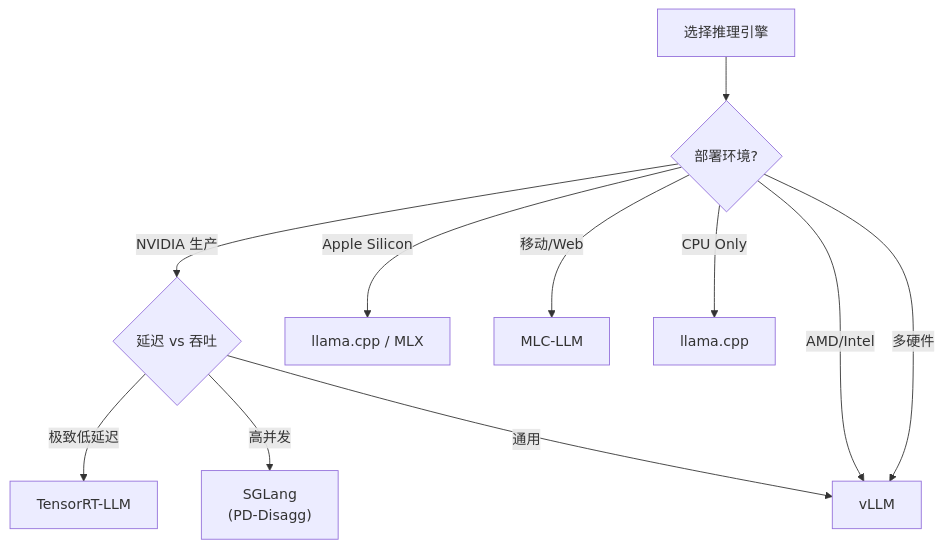
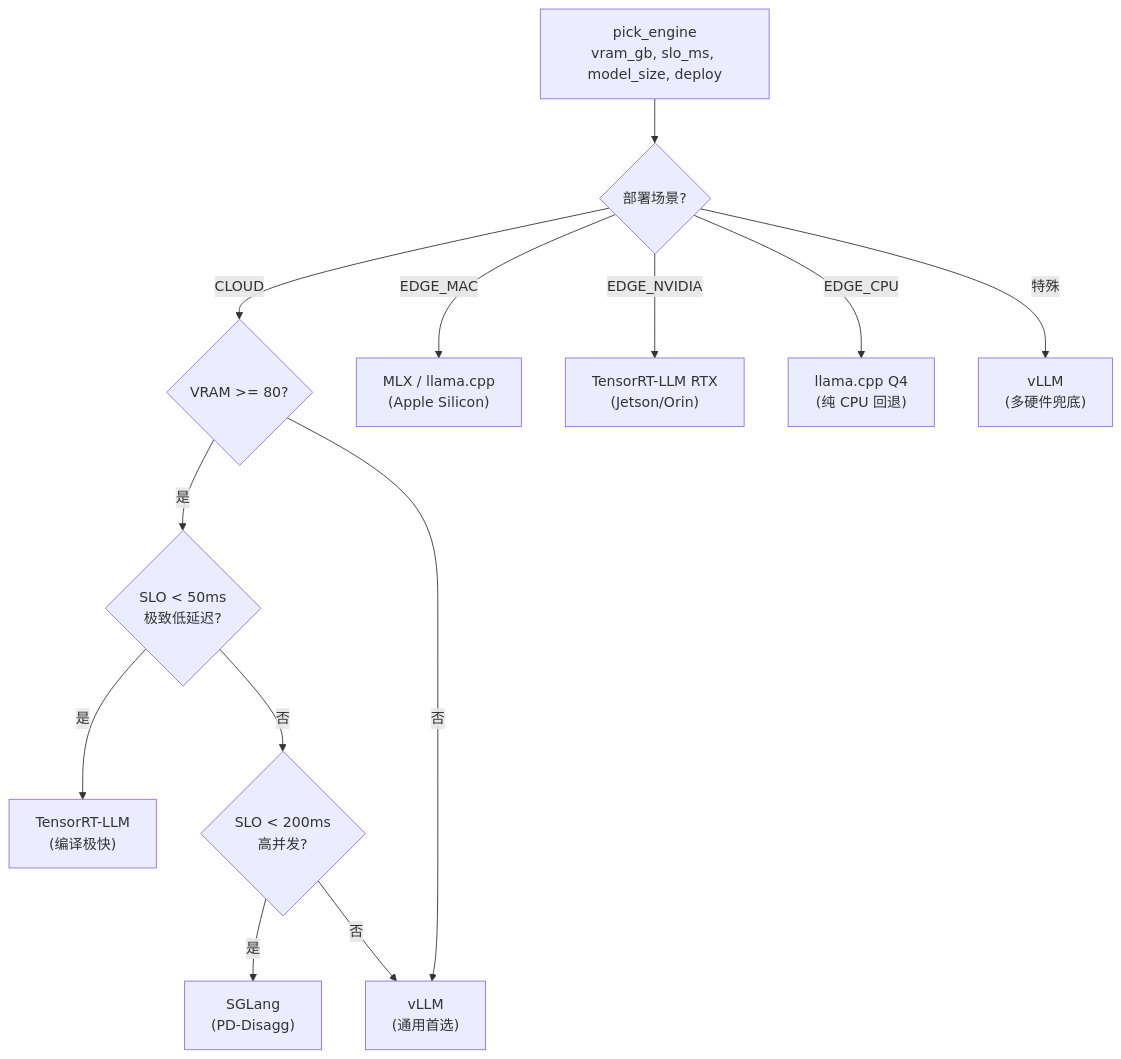
One commit to BeefWrap4/LLM-Knowledge-Base changed the tenth of 10 diagrams in 25_推理引擎与高性能服务.md. Above: the diagram before and after it, drawn with Mermaid. The commit also changed other lines of this file and 4 other files, not shown here.

````diff
--- a/25_推理引擎与高性能服务.md
+++ b/25_推理引擎与高性能服务.md
@@ -305,13 +307,15 @@
 ```mermaid
 graph TD
-    Q["选择推理引擎"] --> A{"部署环境?"}
-    A -->|"NVIDIA 生产"| B{"延迟 vs 吞吐"}
-    B -->|"极致低延迟"| T1["TensorRT-LLM"]
-    B -->|"高并发"| T2["SGLang<br/>(PD-Disagg)"]
-    B -->|"通用"| T3["vLLM"]
-    A -->|"AMD/Intel"| T3
-    A -->|"Apple Silicon"| T4["llama.cpp / MLX"]
-    A -->|"移动/Web"| T5["MLC-LLM"]
-    A -->|"CPU Only"| T6["llama.cpp"]
-    A -->|"多硬件"| T3
+    Q["pick_engine<br/>vram_gb, slo_ms, model_size, deploy"] --> A{"部署场景?"}
+    A -->|"CLOUD"| B{"VRAM >= 80?"}
+    B -->|"是"| C{"SLO < 50ms<br/>极致低延迟?"}
+    C -->|"是"| R1["TensorRT-LLM<br/>(编译极快)"]
+    C -->|"否"| D{"SLO < 200ms<br/>高并发?"}
+    D -->|"是"| R2["SGLang<br/>(PD-Disagg)"]
+    D -->|"否"| R3["vLLM<br/>(通用首选)"]
+    B -->|"否"| R3
+    A -->|"EDGE_MAC"| R4["MLX / llama.cpp<br/>(Apple Silicon)"]
+    A -->|"EDGE_NVIDIA"| R5["TensorRT-LLM RTX<br/>(Jetson/Orin)"]
+    A -->|"EDGE_CPU"| R6["llama.cpp Q4<br/>(纯 CPU 回退)"]
+    A -->|"特殊"| R7["vLLM<br/>(多硬件兜底)"]
 ```
````
